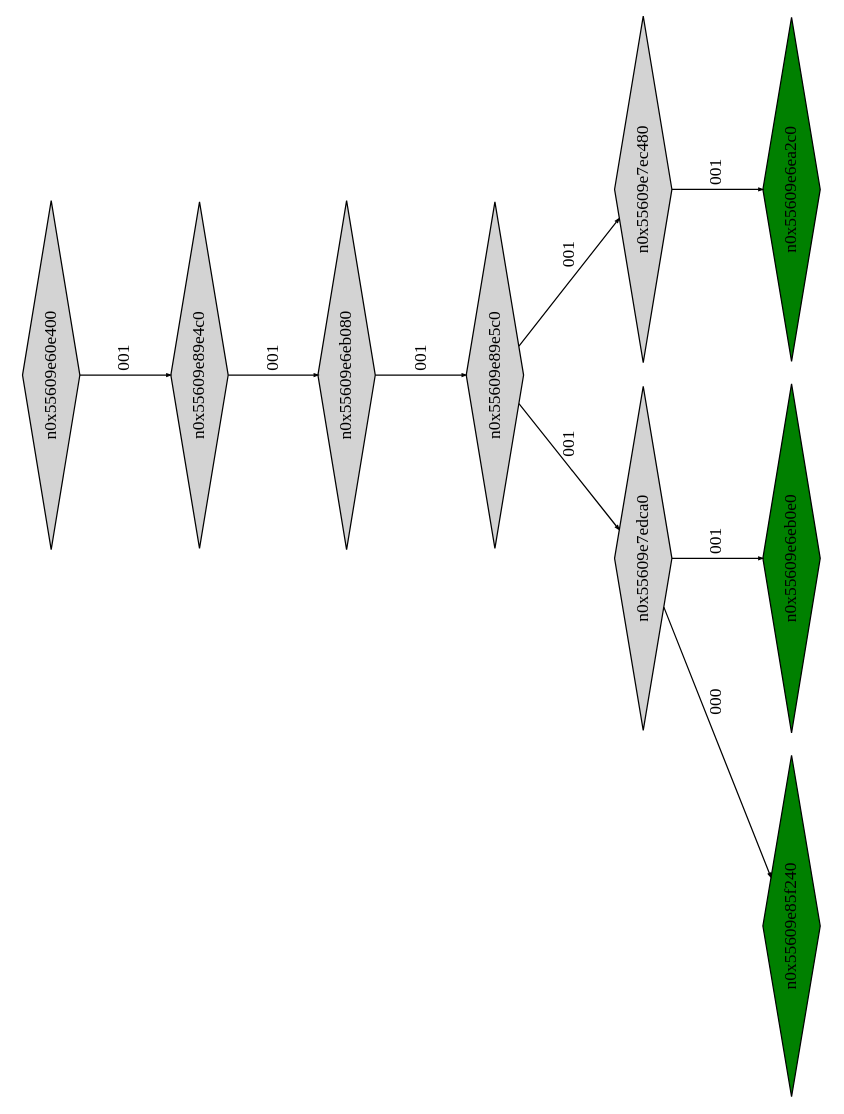
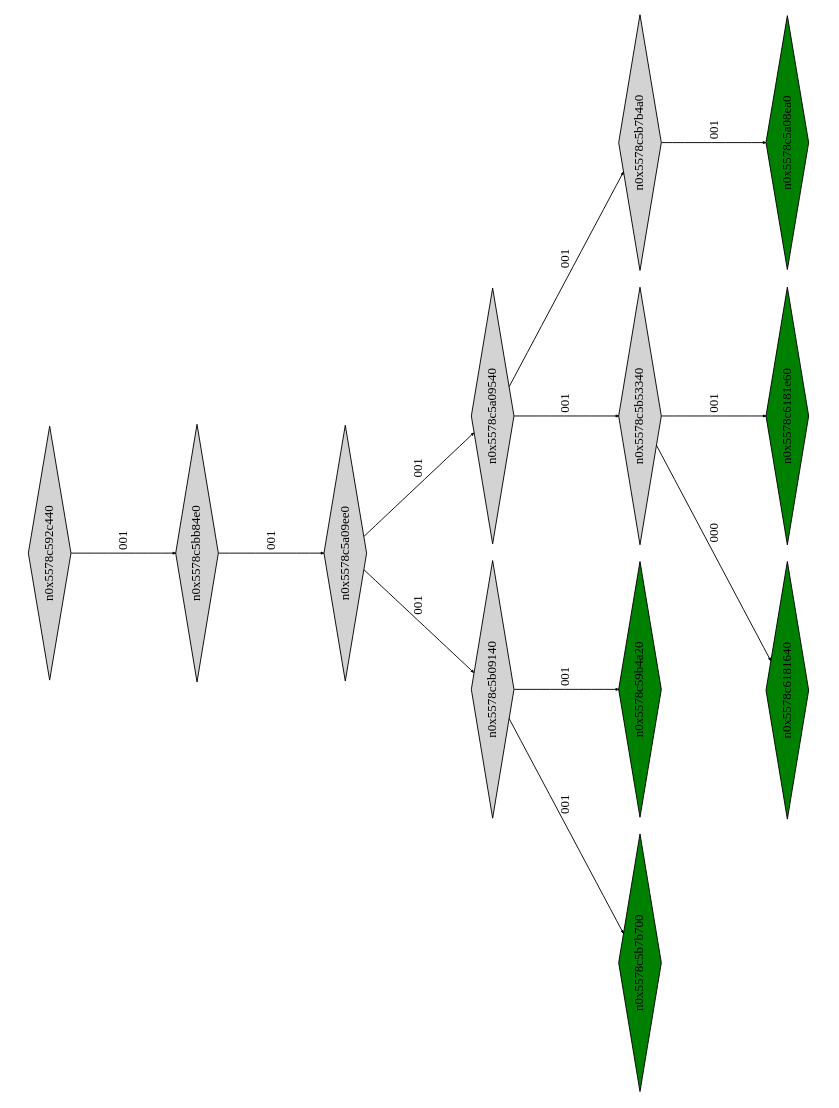
One commit to Research-Tools-PAVT/PSE-Program-Examples changed the diagram in example4_klee_out/ptree_00000826.dot. Above: the diagram before and after it, drawn with Graphviz. The commit also changed 46 other files, not shown here.

```diff
--- a/example4_klee_out/ptree_00000826.dot
+++ b/example4_klee_out/ptree_00000826.dot
@@ -1,25 +1,31 @@
 digraph G {
 	size="10,7.5";
 	ratio=fill;
 	rotate=90;
 	center = "true";
 	node [style="filled",width=.1,height=.1,fontname="Terminus"]
 	edge [arrowsize=.3]
-	n0x55609e60e400 [shape=diamond];
-	n0x55609e60e400 -> n0x55609e89e4c0 [label=001];
-	n0x55609e89e4c0 [shape=diamond];
-	n0x55609e89e4c0 -> n0x55609e6eb080 [label=001];
-	n0x55609e6eb080 [shape=diamond];
-	n0x55609e6eb080 -> n0x55609e89e5c0 [label=001];
-	n0x55609e89e5c0 [shape=diamond];
-	n0x55609e89e5c0 -> n0x55609e7edca0 [label=001];
-	n0x55609e89e5c0 -> n0x55609e7ec480 [label=001];
-	n0x55609e7ec480 [shape=diamond];
-	n0x55609e7ec480 -> n0x55609e6ea2c0 [label=001];
-	n0x55609e6ea2c0 [shape=diamond,fillcolor=green];
-	n0x55609e7edca0 [shape=diamond];
-	n0x55609e7edca0 -> n0x55609e85f240 [label=000];
-	n0x55609e7edca0 -> n0x55609e6eb0e0 [label=001];
-	n0x55609e6eb0e0 [shape=diamond,fillcolor=green];
-	n0x55609e85f240 [shape=diamond,fillcolor=green];
+	n0x5578c592c440 [shape=diamond];
+	n0x5578c592c440 -> n0x5578c5bb84e0 [label=001];
+	n0x5578c5bb84e0 [shape=diamond];
+	n0x5578c5bb84e0 -> n0x5578c5a09ee0 [label=001];
+	n0x5578c5a09ee0 [shape=diamond];
+	n0x5578c5a09ee0 -> n0x5578c5b09140 [label=001];
+	n0x5578c5a09ee0 -> n0x5578c5a09540 [label=001];
+	n0x5578c5a09540 [shape=diamond];
+	n0x5578c5a09540 -> n0x5578c5b53340 [label=001];
+	n0x5578c5a09540 -> n0x5578c5b7b4a0 [label=001];
+	n0x5578c5b7b4a0 [shape=diamond];
+	n0x5578c5b7b4a0 -> n0x5578c5a08ea0 [label=001];
+	n0x5578c5a08ea0 [shape=diamond,fillcolor=green];
+	n0x5578c5b53340 [shape=diamond];
+	n0x5578c5b53340 -> n0x5578c6181640 [label=000];
+	n0x5578c5b53340 -> n0x5578c6181e60 [label=001];
+	n0x5578c6181e60 [shape=diamond,fillcolor=green];
+	n0x5578c6181640 [shape=diamond,fillcolor=green];
+	n0x5578c5b09140 [shape=diamond];
+	n0x5578c5b09140 -> n0x5578c5b7b700 [label=001];
+	n0x5578c5b09140 -> n0x5578c59b4a20 [label=001];
+	n0x5578c59b4a20 [shape=diamond,fillcolor=green];
+	n0x5578c5b7b700 [shape=diamond,fillcolor=green];
 }
```
